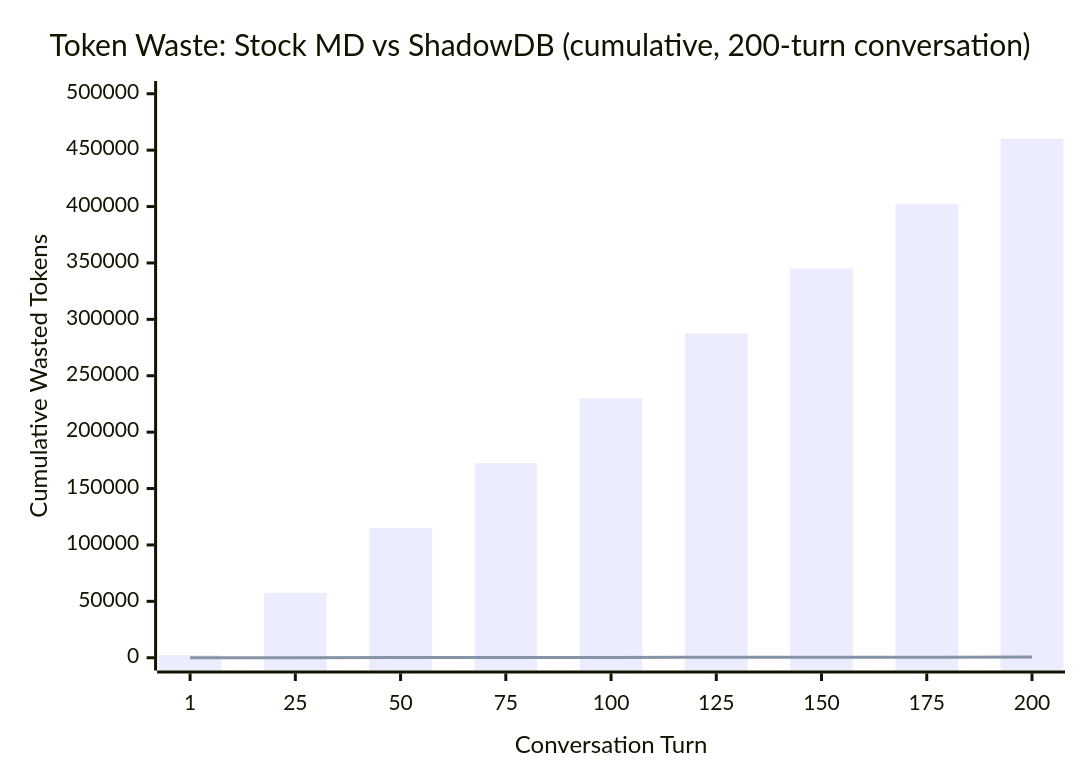
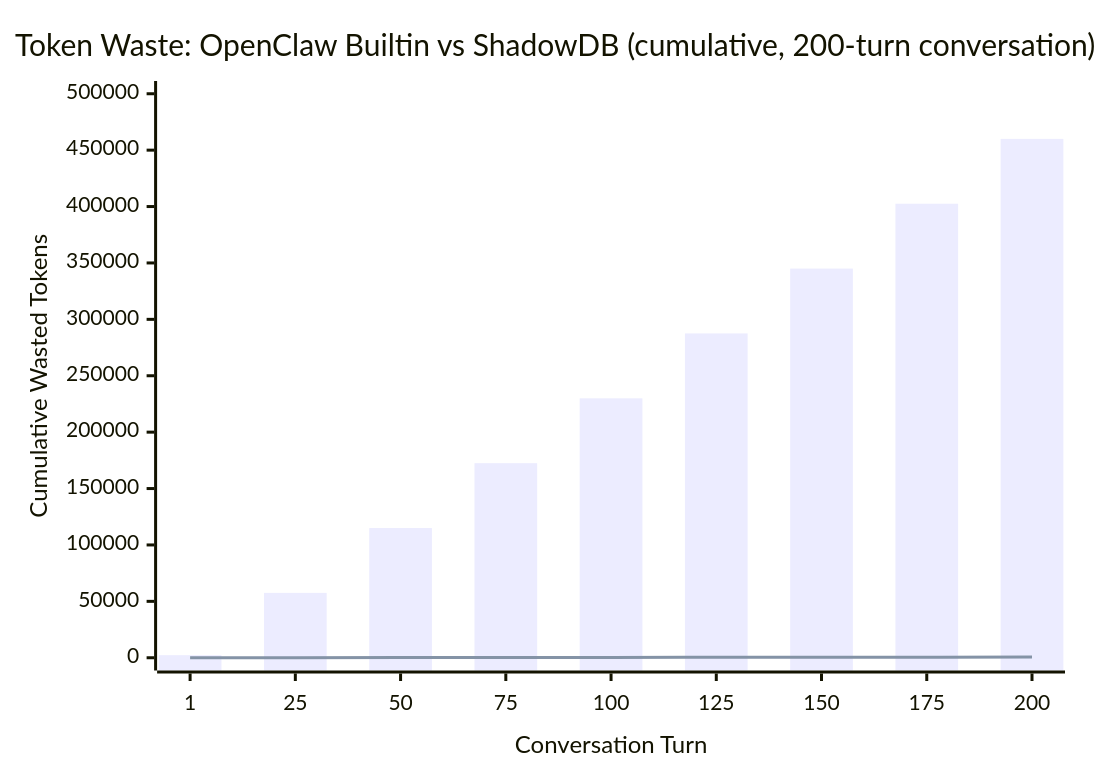
Before and after one commit to jamesdwilson/Sh4d0wDB: the first of 2 diagrams in README.md, drawn with Mermaid. The commit also changed other lines of this file, not shown here.

First line of the commit message:
docs: rename 'Stock MD' to 'OpenClaw Builtin' across all perf tables

````diff
--- a/README.md
+++ b/README.md
@@ -195,8 +195,8 @@
 ```mermaid
 xychart-beta
-    title "Token Waste: Stock MD vs ShadowDB (cumulative, 200-turn conversation)"
+    title "Token Waste: OpenClaw Builtin vs ShadowDB (cumulative, 200-turn conversation)"
     x-axis "Conversation Turn" [1, 25, 50, 75, 100, 125, 150, 175, 200]
     y-axis "Cumulative Wasted Tokens" 0 --> 500000
     bar [2300, 57500, 115000, 172500, 230000, 287500, 345000, 402500, 460000]
     line [3, 75, 150, 225, 300, 375, 450, 525, 600]
 ```
````
